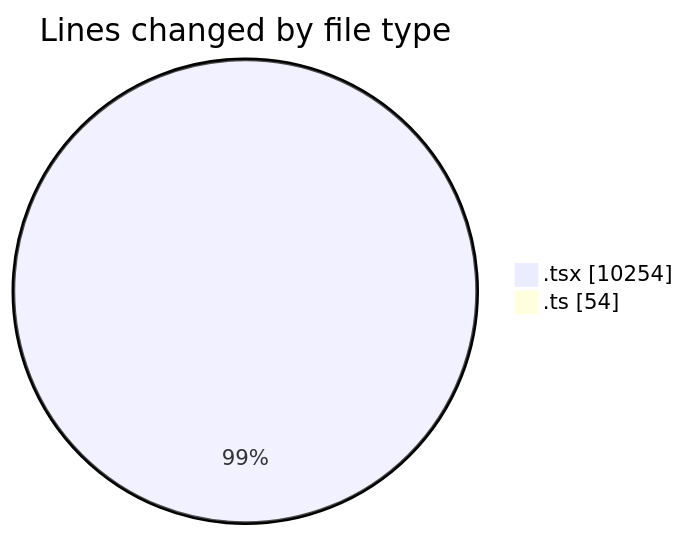
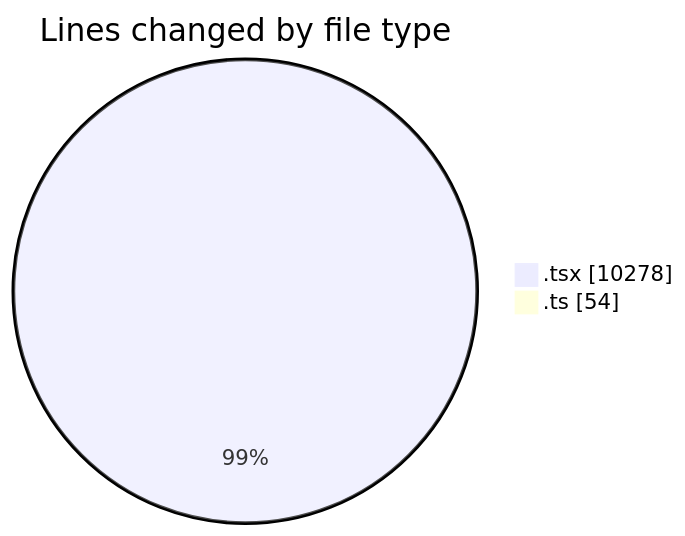
The first of 2 diagrams in 2026-03-05/nxtqube_webapp/README.md (nxtqubesakshisongat/code-tracking), drawn with Mermaid before and after one commit. The commit also changed other lines of this file and 1 other file, not shown here.

````diff
--- a/2026-03-05/nxtqube_webapp/README.md
+++ b/2026-03-05/nxtqube_webapp/README.md
@@ -34,6 +34,6 @@
 ```mermaid
 pie showData
 title Lines changed by file type
-".tsx" : 10254
+".tsx" : 10278
 ".ts" : 54
 ```
````
